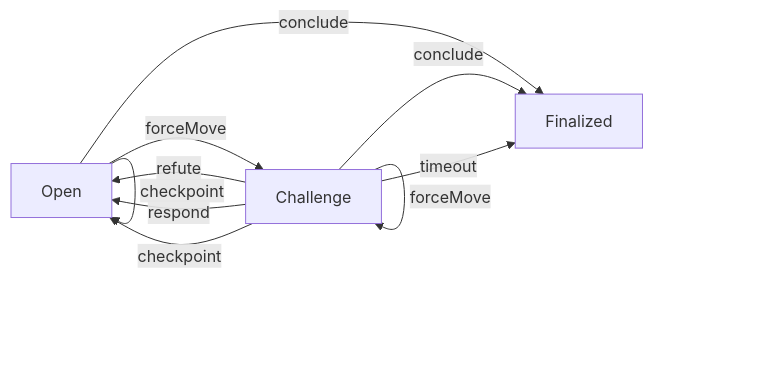
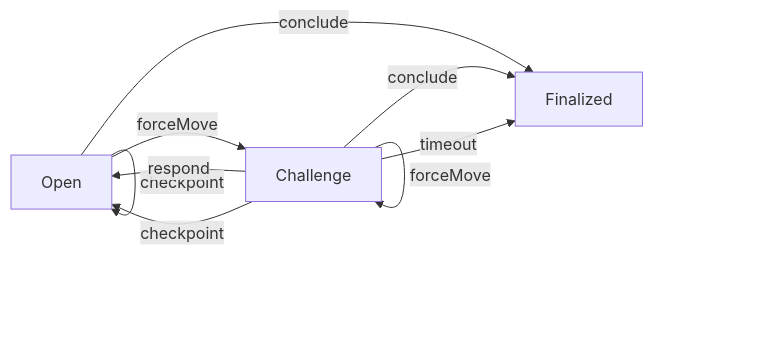
One commit to statechannels/statechannels changed the diagram in packages/nitro-protocol/docs/adjudicator/channel-storage.md. Above: the diagram before and after it, drawn with Mermaid. The commit also changed 8 other files, not shown here.

```diff
--- a/packages/nitro-protocol/docs/adjudicator/channel-storage.md
+++ b/packages/nitro-protocol/docs/adjudicator/channel-storage.md
@@ -45,13 +45,12 @@
 <div class="mermaid">
 graph LR
 linkStyle default interpolate basis
 Open -->|forceMove| Challenge
 Open -->|checkpoint| Open
 Open-->|conclude| Finalized
 Challenge-->|forceMove| Challenge
-Challenge-->|refute| Open
 Challenge-->|respond| Open
 Challenge-->|checkpoint| Open
 Challenge-->|conclude| Finalized
 Challenge-->|timeout| Finalized
 </div>
```
